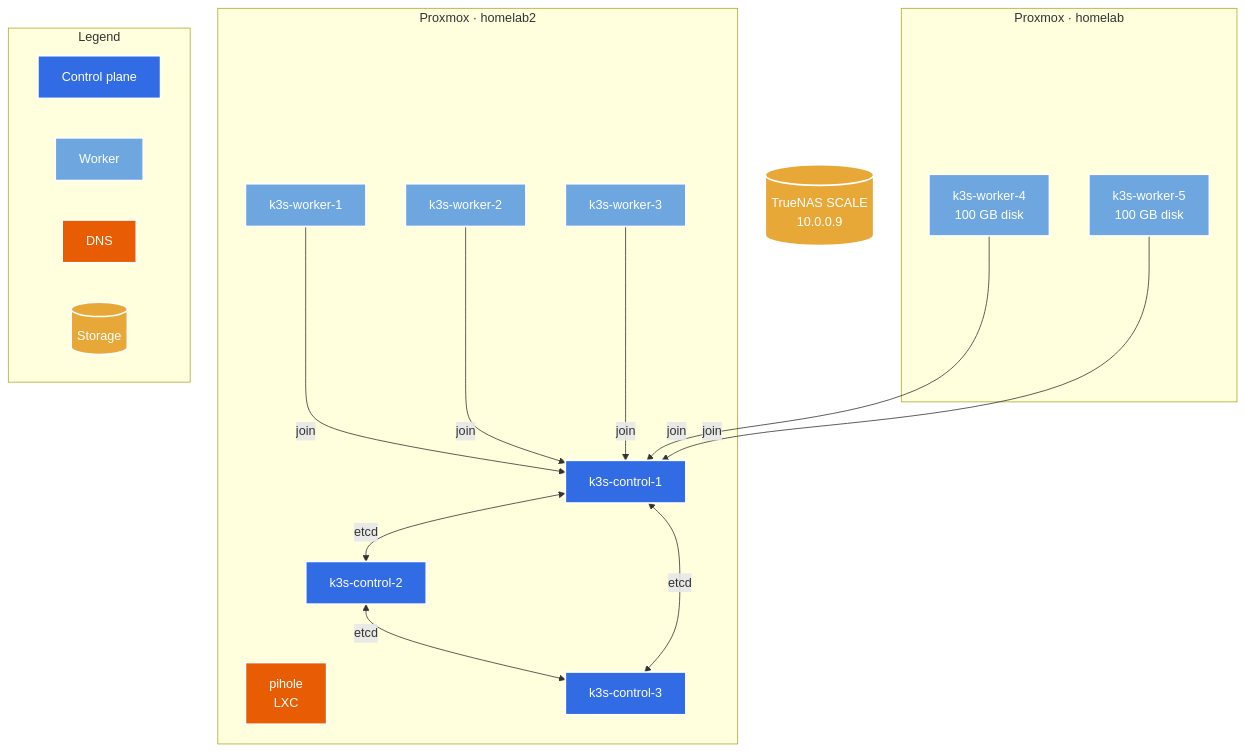
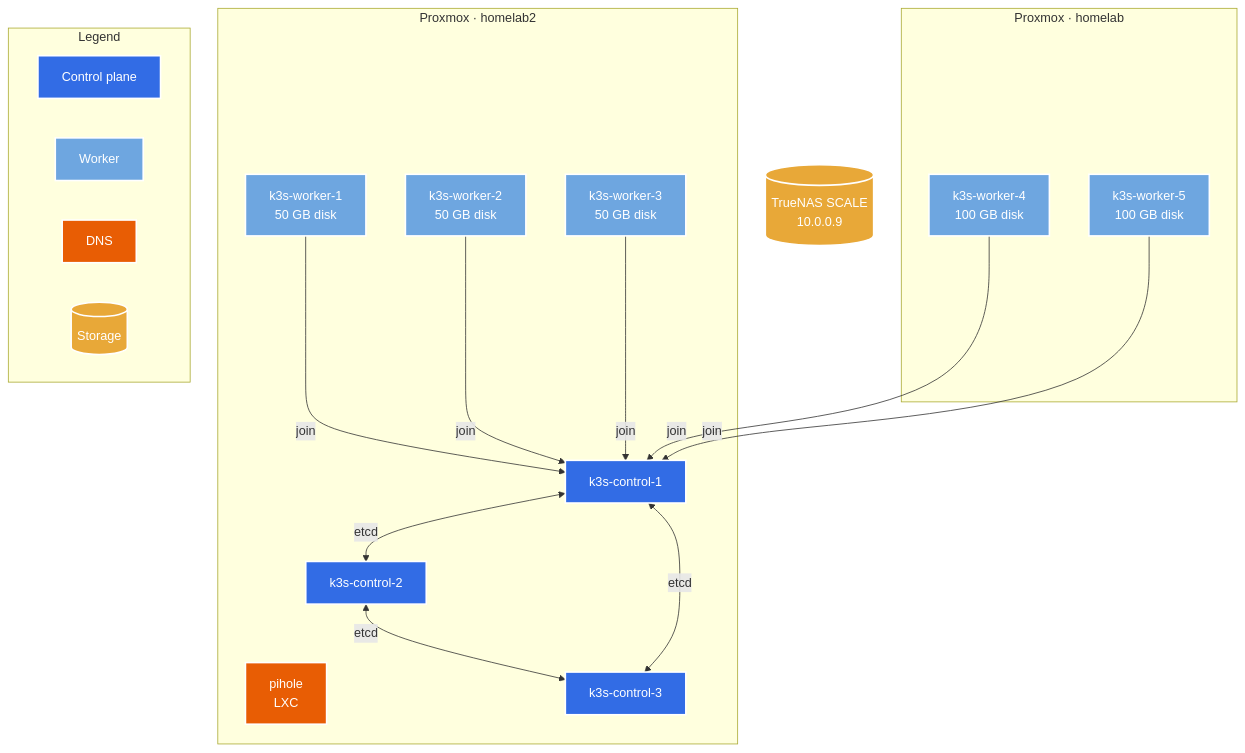
The first of 5 diagrams in docs/architecture.md (byeich/homelab), drawn with Mermaid before and after one commit. The commit also changed other lines of this file, not shown here.

Commit message:
fix accuracy issues in diagram

````diff
--- a/docs/architecture.md
+++ b/docs/architecture.md
@@ -7,42 +7,42 @@
 ```mermaid
 flowchart TB
     subgraph prox2["Proxmox · homelab2"]
         pihole["pihole\nLXC"]
         ctrl1["k3s-control-1"]
         ctrl2["k3s-control-2"]
         ctrl3["k3s-control-3"]
-        wrk1["k3s-worker-1"]
-        wrk2["k3s-worker-2"]
-        wrk3["k3s-worker-3"]
+        wrk1["k3s-worker-1\n50 GB disk"]
+        wrk2["k3s-worker-2\n50 GB disk"]
+        wrk3["k3s-worker-3\n50 GB disk"]
     end
 
     subgraph prox1["Proxmox · homelab"]
         wrk4["k3s-worker-4\n100 GB disk"]
         wrk5["k3s-worker-5\n100 GB disk"]
     end
 
     truenas[("TrueNAS SCALE\n10.0.0.9")]
 
     subgraph legend["Legend"]
         direction LR
         lc["Control plane"]:::control
         lw["Worker"]:::worker
         ld["DNS"]:::dns
         ls[("Storage")]:::nas
     end
 
     ctrl1 <-->|"etcd"| ctrl2
     ctrl2 <-->|"etcd"| ctrl3
     ctrl1 <-->|"etcd"| ctrl3
     wrk1 & wrk2 & wrk3 & wrk4 & wrk5 -->|"join"| ctrl1
 
     classDef control fill:#326ce5,stroke:#fff,stroke-width:2px,color:#fff
     classDef worker  fill:#6ea6e0,stroke:#fff,stroke-width:2px,color:#fff
     classDef dns     fill:#e85d04,stroke:#fff,stroke-width:2px,color:#fff
     classDef nas     fill:#e8a838,stroke:#fff,stroke-width:2px,color:#fff
 
     class ctrl1,ctrl2,ctrl3,lc control
     class wrk1,wrk2,wrk3,wrk4,wrk5,lw worker
     class pihole,ld dns
     class truenas,ls nas
 ```
````
